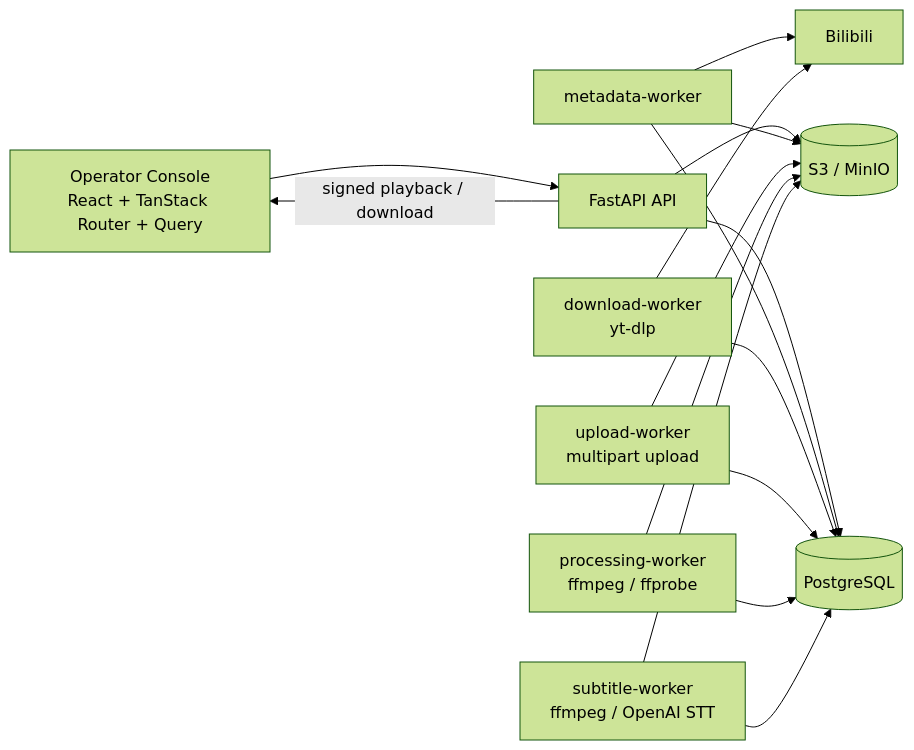
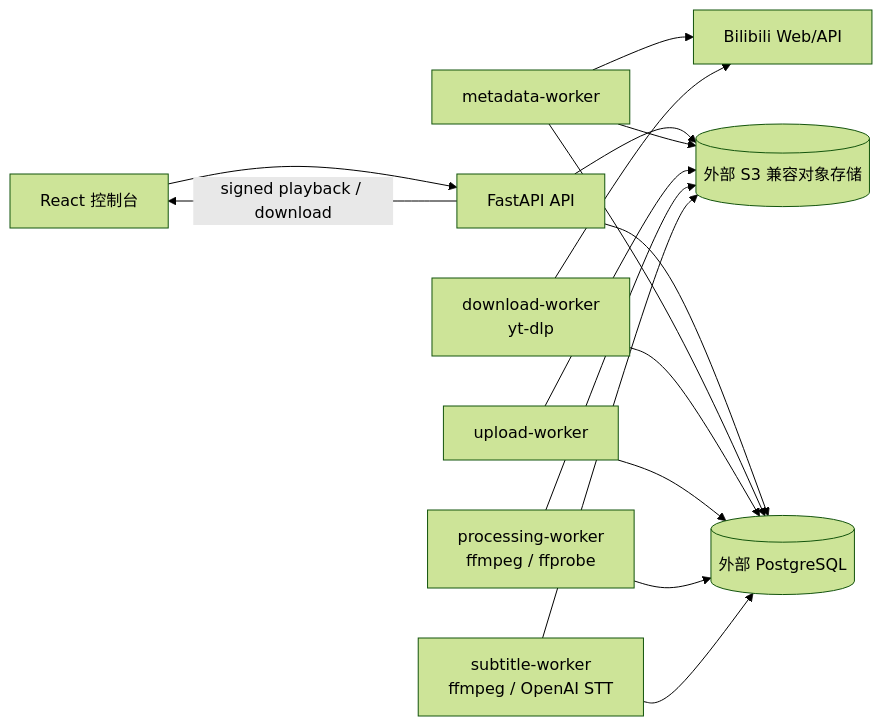
The first of 2 diagrams in README.md (chenqianhe/bilibili-media-ingestion), drawn with Mermaid (forest theme) before and after one commit. The commit also changed other lines of this file and 22 other files, not shown here.

````diff
--- a/README.md
+++ b/README.md
@@ -52,24 +94,24 @@
 ```mermaid
 flowchart LR
-    UI["Operator Console<br/>React + TanStack Router + Query"] --> API["FastAPI API"]
-    API --> DB[("PostgreSQL")]
-    API --> S3[("S3 / MinIO")]
+    UI["React 控制台"] --> API["FastAPI API"]
+    API --> DB[("外部 PostgreSQL")]
+    API --> S3[("外部 S3 兼容对象存储")]
 
     MW["metadata-worker"] --> DB
-    MW --> BILI["Bilibili"]
+    MW --> BILI["Bilibili Web/API"]
     MW --> S3
 
     DW["download-worker<br/>yt-dlp"] --> DB
     DW --> BILI
 
-    UW["upload-worker<br/>multipart upload"] --> DB
+    UW["upload-worker"] --> DB
     UW --> S3
 
     PW["processing-worker<br/>ffmpeg / ffprobe"] --> DB
     PW --> S3
 
     SW["subtitle-worker<br/>ffmpeg / OpenAI STT"] --> DB
     SW --> S3
 
     API -->|"signed playback / download"| UI
 ```
````
